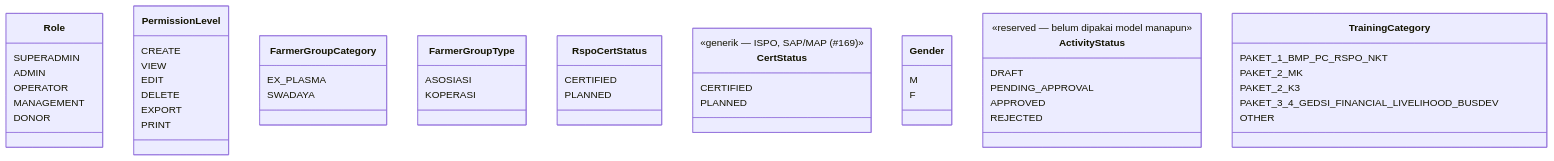
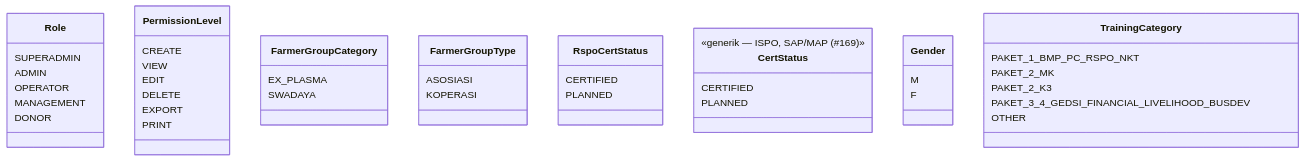
The first of 4 diagrams in docs/database/models.md (WRI-Indonesia/mis-smallholder-hub), drawn with Mermaid before and after one commit. The commit also changed other lines of this file and 15 other files, not shown here.

First line of the commit message:
chore(#353): bagian E — hapus 5 berkas web Acumin Pro opsional, enum ActivityStatus yatim, Tree.surveyedAt (prod 0/286); migrasi drop_activity_status_tree_surveyed_at applied lokal

````diff
--- a/docs/database/models.md
+++ b/docs/database/models.md
@@ -21,61 +21,53 @@
 ```mermaid
 classDiagram
     class Role {
         SUPERADMIN
         ADMIN
         OPERATOR
         MANAGEMENT
         DONOR
     }
 
     class PermissionLevel {
         CREATE
         VIEW
         EDIT
         DELETE
         EXPORT
         PRINT
     }
 
     class FarmerGroupCategory {
         EX_PLASMA
         SWADAYA
     }
 
     class FarmerGroupType {
         ASOSIASI
         KOPERASI
     }
 
     class RspoCertStatus {
         CERTIFIED
         PLANNED
     }
 
     class CertStatus {
         <<generik — ISPO, SAP/MAP (#169)>>
         CERTIFIED
         PLANNED
     }
 
     class Gender {
         M
         F
     }
 
-    class ActivityStatus {
-        <<reserved — belum dipakai model manapun>>
-        DRAFT
-        PENDING_APPROVAL
-        APPROVED
-        REJECTED
-    }
-
     class TrainingCategory {
         PAKET_1_BMP_PC_RSPO_NKT
         PAKET_2_MK
         PAKET_2_K3
         PAKET_3_4_GEDSI_FINANCIAL_LIVELIHOOD_BUSDEV
         OTHER
     }
 ```
````
